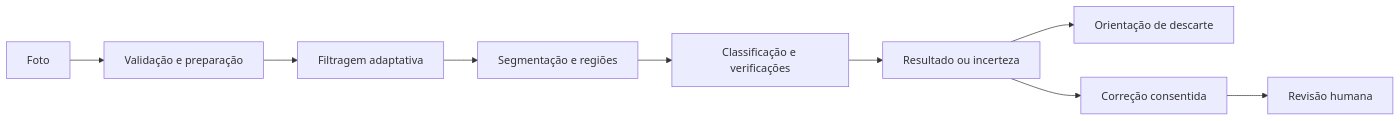
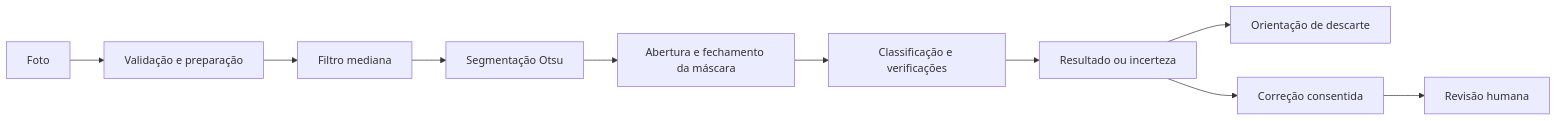
Before and after one commit to Gabrielhamad/ecoscan: the diagram in README.md, drawn with Mermaid. The commit also changed other lines of this file and 46 other files, not shown here.

````diff
--- a/README.md
+++ b/README.md
@@ -70,11 +70,12 @@
 ```mermaid
 flowchart LR
     A[Foto] --> B[Validação e preparação]
-    B --> C[Filtragem adaptativa]
-    C --> D[Segmentação e regiões]
-    D --> E[Classificação e verificações]
+    B --> C[Filtro mediana]
+    C --> D[Segmentação Otsu]
+    D --> M[Abertura e fechamento da máscara]
+    M --> E[Classificação e verificações]
     E --> F[Resultado ou incerteza]
     F --> G[Orientação de descarte]
     F --> H[Correção consentida]
     H --> I[Revisão humana]
 ```
````
